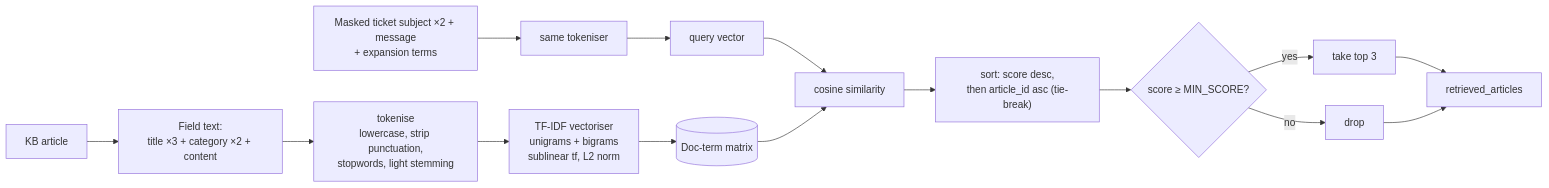
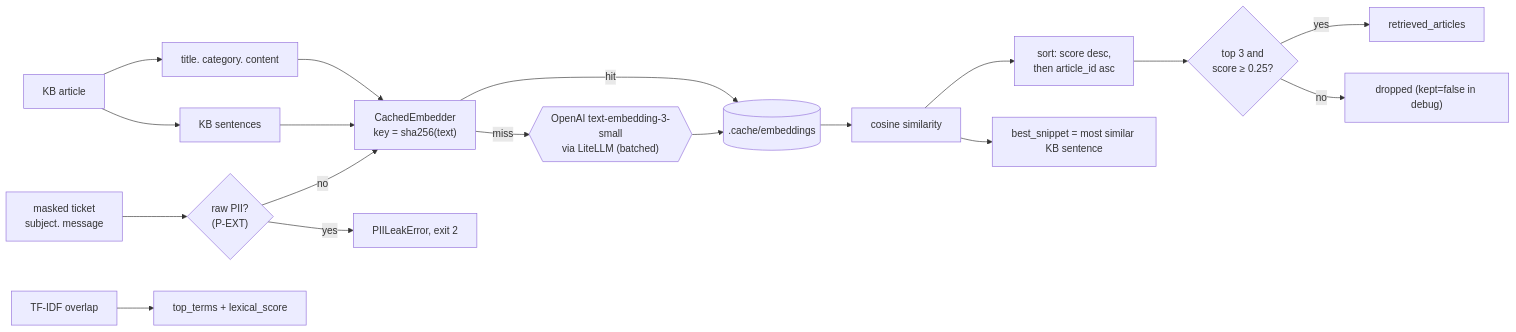
One commit to nadeemcite/support-ticket-pipeline changed the sixth of 13 diagrams in DESIGN.md. Above: the diagram before and after it, drawn with Mermaid. The commit also changed other lines of this file and 31 other files, not shown here.

````diff
--- a/DESIGN.md
+++ b/DESIGN.md
@@ -301,17 +302,20 @@
 ```mermaid
 flowchart LR
-    A[KB article] --> F["Field text:<br/>title ×3 + category ×2 + content"]
-    F --> TOK[tokenise<br/>lowercase, strip punctuation,<br/>stopwords, light stemming]
-    TOK --> VEC[TF-IDF vectoriser<br/>unigrams + bigrams<br/>sublinear tf, L2 norm]
-    VEC --> M[(Doc-term matrix)]
-
-    Q[Masked ticket subject ×2 + message<br/>+ expansion terms] --> TOK2[same tokeniser] --> QV[query vector]
-    QV --> COS[cosine similarity]
-    M --> COS
-    COS --> SORT["sort: score desc,<br/>then article_id asc (tie-break)"]
-    SORT --> TH{score ≥ MIN_SCORE?}
-    TH -->|yes| TOP[take top 3]
-    TH -->|no| EMPTY[drop]
-    TOP --> OUT[retrieved_articles]
-    EMPTY --> OUT
+    A[KB article] --> AT["title. category. content"]
+    A --> SEN[KB sentences]
+    AT --> EMB
+    SEN --> EMB
+    Q["masked ticket<br/>subject. message"] --> GUARD{"raw PII?<br/>(P-EXT)"}
+    GUARD -->|yes| STOP[PIILeakError, exit 2]
+    GUARD -->|no| EMB["CachedEmbedder<br/>key = sha256(text)"]
+    EMB -->|miss| API{{"OpenAI text-embedding-3-small<br/>via LiteLLM (batched)"}}
+    EMB -->|hit| VC[(.cache/embeddings)]
+    API --> VC
+    VC --> COS[cosine similarity]
+    COS --> SORT["sort: score desc,<br/>then article_id asc"]
+    SORT --> TH{"top 3 and<br/>score ≥ 0.25?"}
+    TH -->|yes| OUT[retrieved_articles]
+    TH -->|no| DROP["dropped (kept=false in debug)"]
+    COS --> SNIP["best_snippet = most similar KB sentence"]
+    LEX[TF-IDF overlap] --> TERMS[top_terms + lexical_score]
 ```
````
